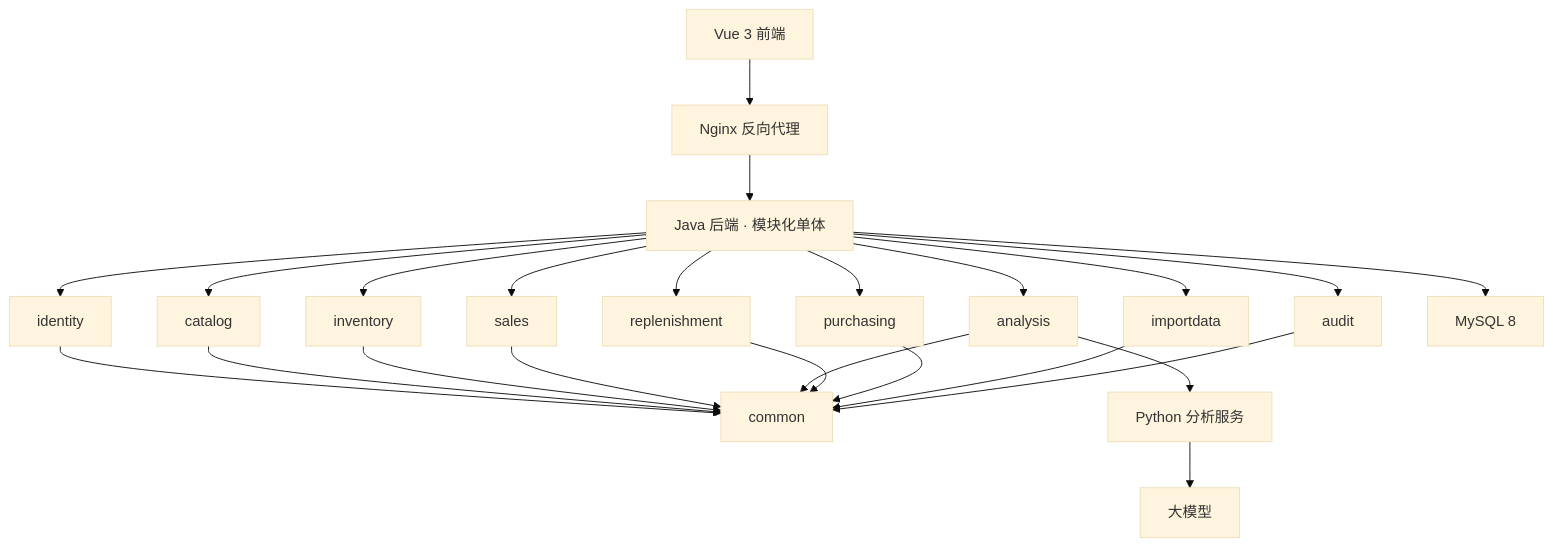
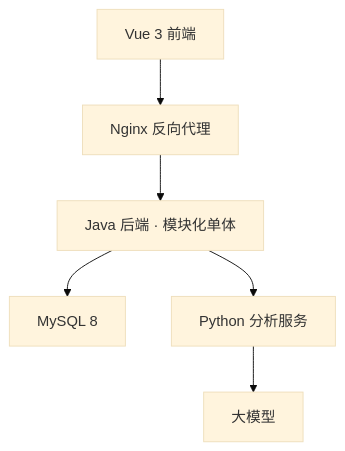
The diagram in README.md (xy98773-jpg/shoppilot-ai), drawn with Mermaid (base theme) before and after one commit.

Commit message:
docs: 精简架构图为分层拓扑（模块明细见下方依赖说明）

````diff
--- a/README.md
+++ b/README.md
@@ -39,43 +39,15 @@
 ```mermaid
 flowchart TB
     FE[Vue 3 前端]
     NG[Nginx 反向代理]
     APP[Java 后端 · 模块化单体]
-    IDN[identity]
-    CAT[catalog]
-    INV[inventory]
-    SAL[sales]
-    ANA[analysis]
-    RPL[replenishment]
-    PUR[purchasing]
-    IMP[importdata]
-    AUD[audit]
-    CMN[common]
     DB[MySQL 8]
     SA[Python 分析服务]
     LLM[大模型]
 
     FE --> NG
     NG --> APP
-    APP --> IDN
-    APP --> CAT
-    APP --> INV
-    APP --> SAL
-    APP --> ANA
-    APP --> RPL
-    APP --> PUR
-    APP --> IMP
-    APP --> AUD
-    IDN --> CMN
-    CAT --> CMN
-    INV --> CMN
-    SAL --> CMN
-    ANA --> CMN
-    RPL --> CMN
-    PUR --> CMN
-    IMP --> CMN
-    AUD --> CMN
     APP --> DB
-    ANA --> SA
+    APP --> SA
     SA --> LLM
 ```
````
